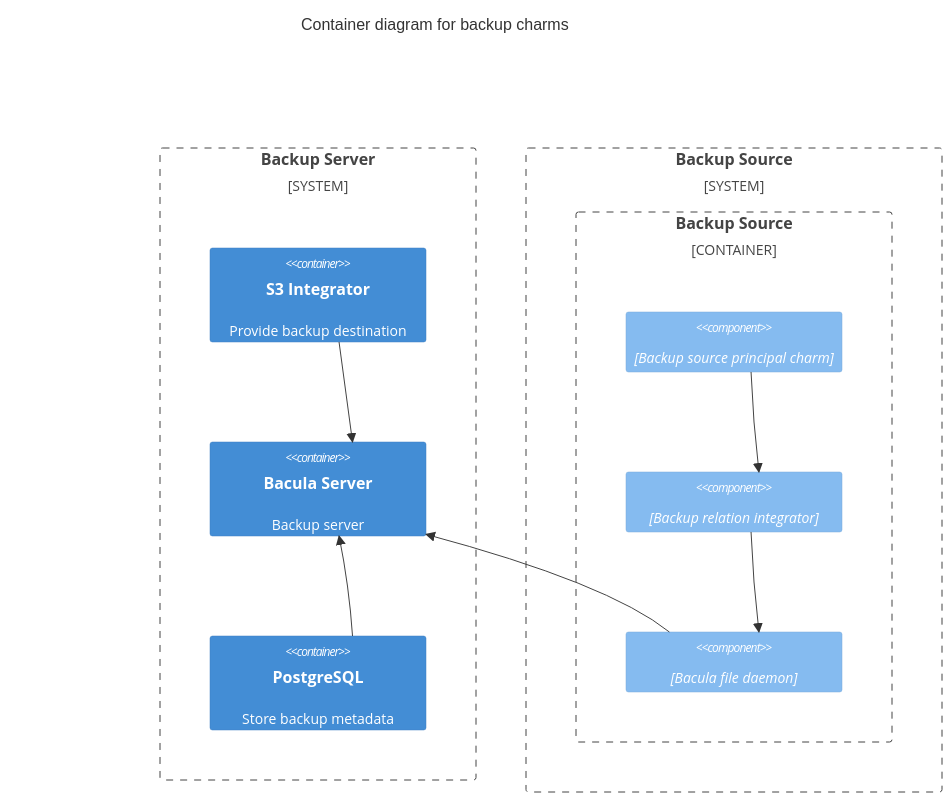
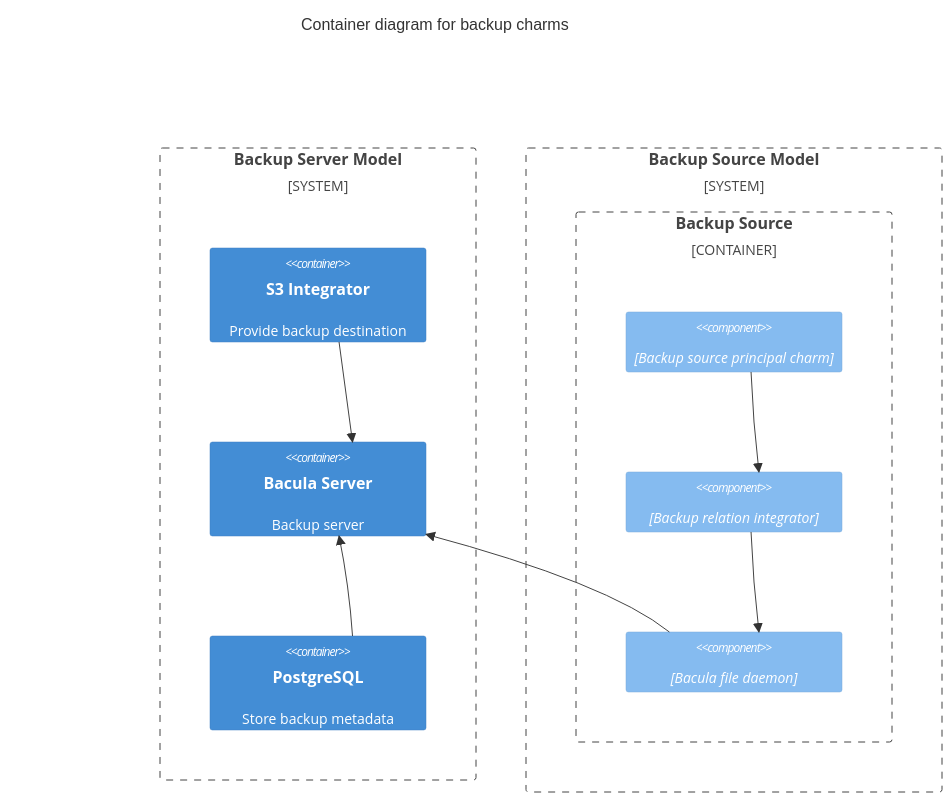
The first of 2 diagrams in docs/explanation/backup-server-charm-architecture.md (canonical/backup-operators), drawn with Mermaid before and after one commit. The commit also changed 7 other files, not shown here.

````diff
--- a/docs/explanation/backup-server-charm-architecture.md
+++ b/docs/explanation/backup-server-charm-architecture.md
@@ -19,23 +19,23 @@
 ```mermaid
 C4Context
     title Container diagram for backup charms
 
-    System_Boundary(backup server, "Backup Server") {
+    System_Boundary(backup server, "Backup Server Model") {
         Container(s3-integrator, "S3 Integrator", "", "Provide backup destination")
         Container(bacula-server, "Bacula Server", "", "Backup server")
         Container(postgresql, "PostgreSQL", "", "Store backup metadata")
         Rel(s3-integrator, bacula-server, "")
         Rel(postgresql, bacula-server, "")
     }
 
-    System_Boundary(backup source, "Backup Source") {
+    System_Boundary(backup source, "Backup Source Model") {
         Container_Boundary(backup-source, "Backup Source") {
             Component(source, "", "Backup source principal charm")
             Component(backup-integrator, "", "Backup relation integrator")
             Component(bacula-fd, "", "Bacula file daemon")
         }
         Rel(source, backup-integrator, "")
         Rel(backup-integrator, bacula-fd, "")
     }
     Rel(bacula-fd, bacula-server, "")
 ```
````
